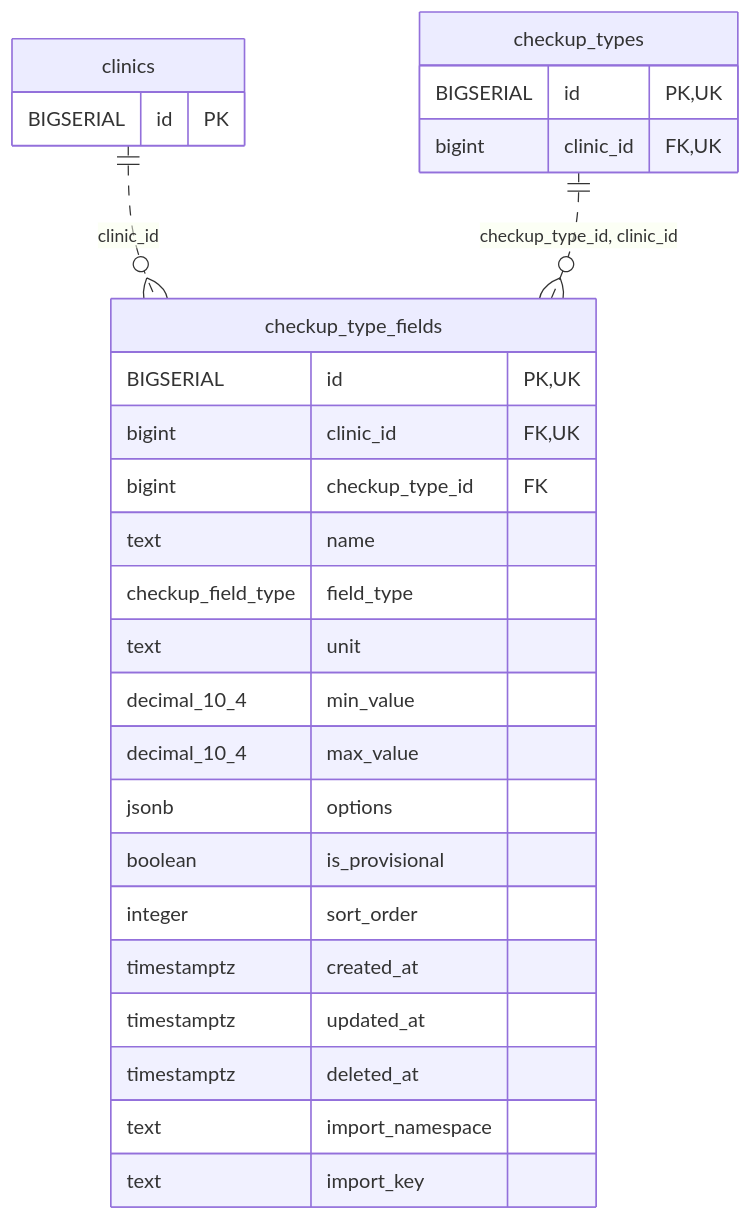
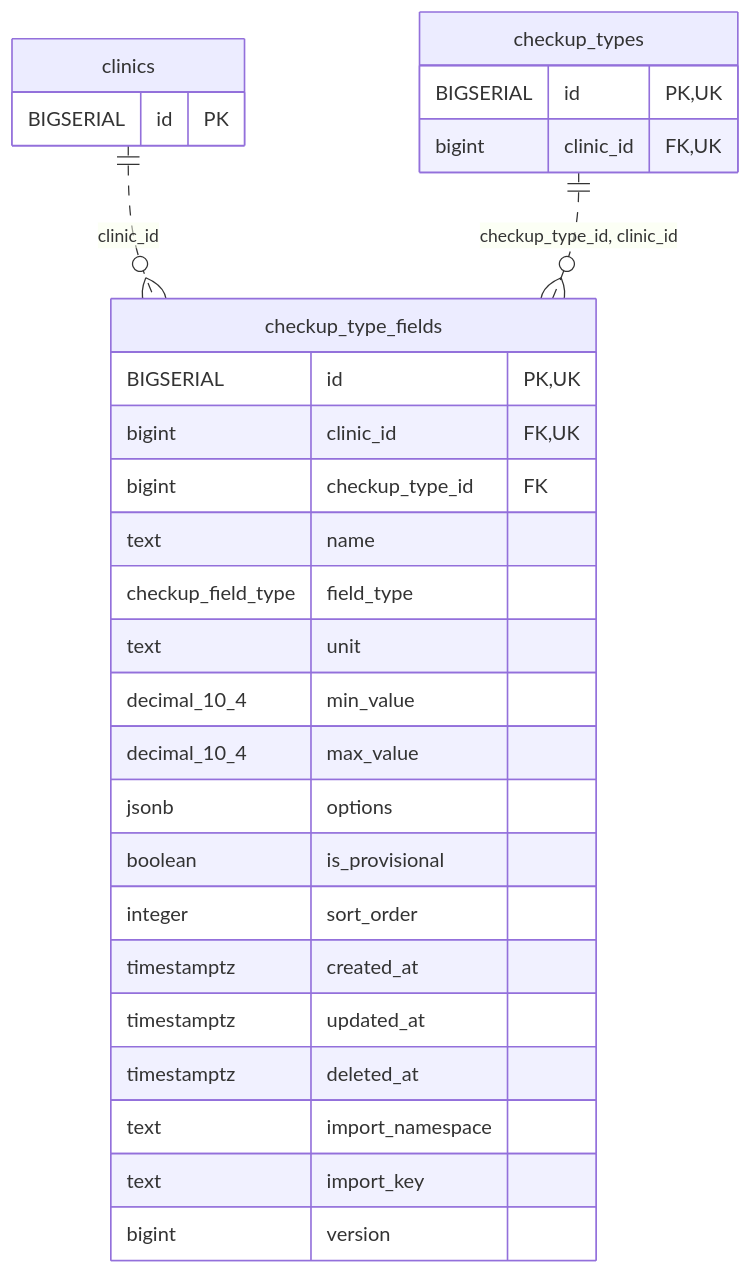
Before and after one commit to MinoruSoga/AnimalEkarte: the diagram in docs/architecture/erd-detail/checkup_type_fields.md, drawn with Mermaid. The commit also changed other lines of this file and 131 other files, not shown here.

````diff
--- a/docs/architecture/erd-detail/checkup_type_fields.md
+++ b/docs/architecture/erd-detail/checkup_type_fields.md
@@ -39,30 +40,31 @@
 ```mermaid
 erDiagram
     checkup_type_fields {
         BIGSERIAL id PK,UK
         bigint clinic_id FK,UK
         bigint checkup_type_id FK
         text name
         checkup_field_type field_type
         text unit
         decimal_10_4 min_value
         decimal_10_4 max_value
         jsonb options
         boolean is_provisional
         integer sort_order
         timestamptz created_at
         timestamptz updated_at
         timestamptz deleted_at
         text import_namespace
         text import_key
+        bigint version
     }
     checkup_types {
         BIGSERIAL id PK,UK
         bigint clinic_id FK,UK
     }
     clinics {
         BIGSERIAL id PK
     }
     clinics ||..o{ checkup_type_fields : "clinic_id"
     checkup_types ||..o{ checkup_type_fields : "checkup_type_id, clinic_id"
 ```
````
